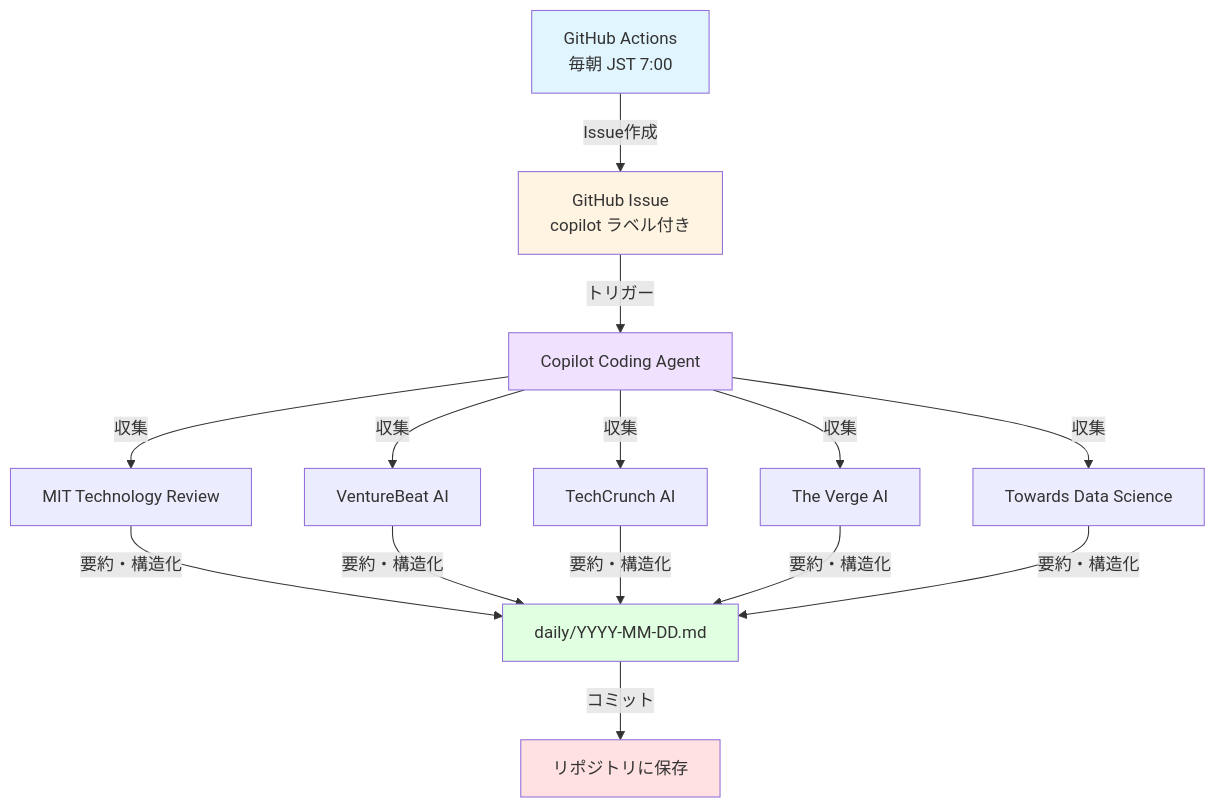
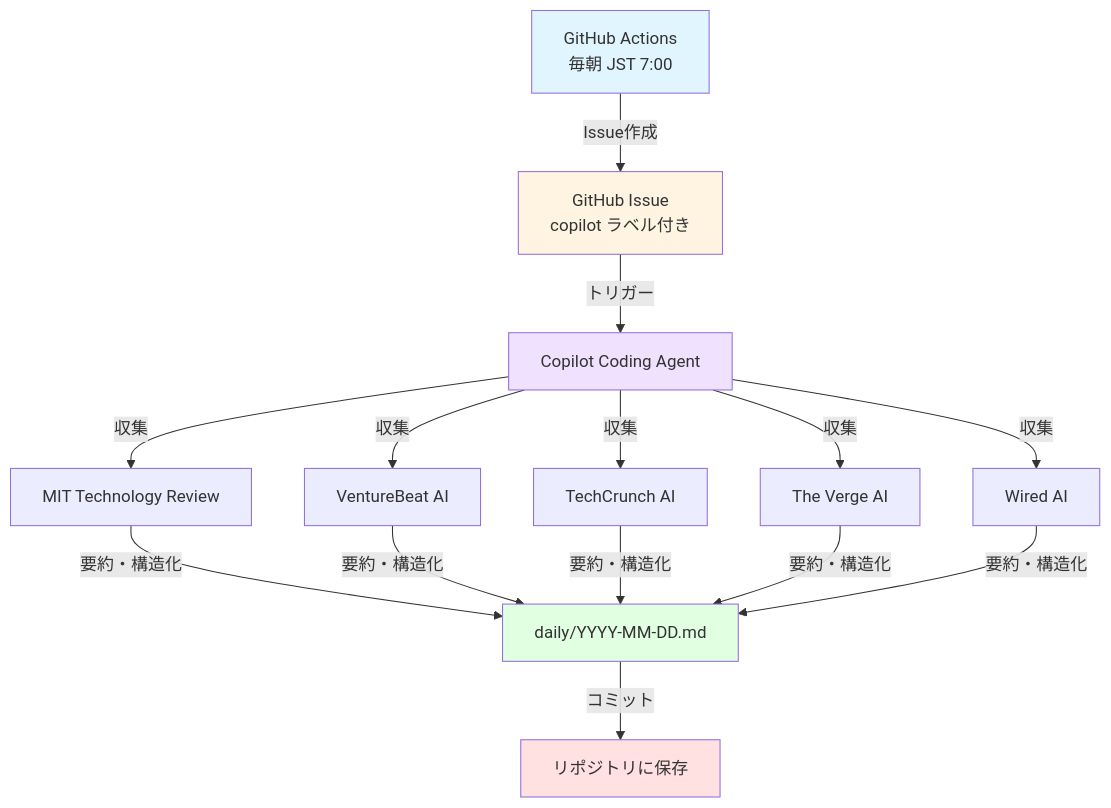
The diagram in README.md (office8-inc/ai-news-digest), drawn with Mermaid before and after one commit. The commit also changed other lines of this file and 2 other files, not shown here.

Commit message:
Replace Towards Data Science with Wired for better news quality

````diff
--- a/README.md
+++ b/README.md
@@ -40,18 +40,18 @@
 ```mermaid
 graph TD
     A[GitHub Actions<br/>毎朝 JST 7:00] -->|Issue作成| B[GitHub Issue<br/>copilot ラベル付き]
     B -->|トリガー| C[Copilot Coding Agent]
     C -->|収集| D1[MIT Technology Review]
     C -->|収集| D2[VentureBeat AI]
     C -->|収集| D3[TechCrunch AI]
     C -->|収集| D4[The Verge AI]
-    C -->|収集| D5[Towards Data Science]
+    C -->|収集| D5[Wired AI]
     D1 & D2 & D3 & D4 & D5 -->|要約・構造化| E[daily/YYYY-MM-DD.md]
     E -->|コミット| F[リポジトリに保存]
     
     style A fill:#e1f5ff
     style B fill:#fff4e1
     style C fill:#f0e1ff
     style E fill:#e1ffe1
     style F fill:#ffe1e1
 ```
````
